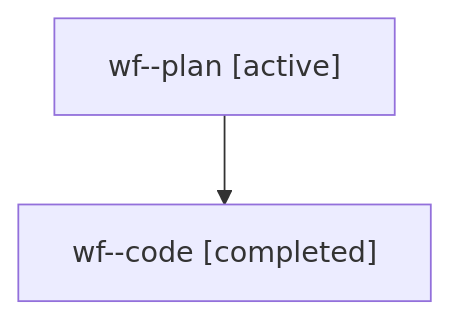
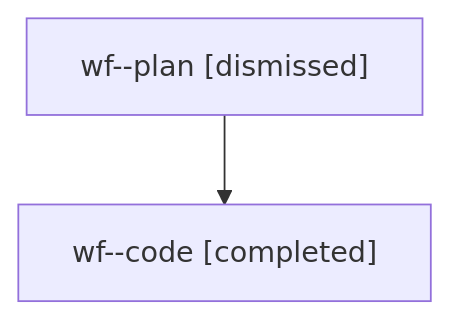
Before and after one commit to sase-org/sase--agents: the diagram in sessions/bbugyi200.athena.wf.md, drawn with Mermaid. The commit also changed other lines of this file and 40 other files, not shown here.

````diff
--- a/sessions/bbugyi200.athena.wf.md
+++ b/sessions/bbugyi200.athena.wf.md
@@ -9,6 +9,6 @@
 ```mermaid
 flowchart TD
-  n0["wf--plan [active]"]
+  n0["wf--plan [dismissed]"]
   n1["wf--code [completed]"]
   n0 --> n1
 ```
````
